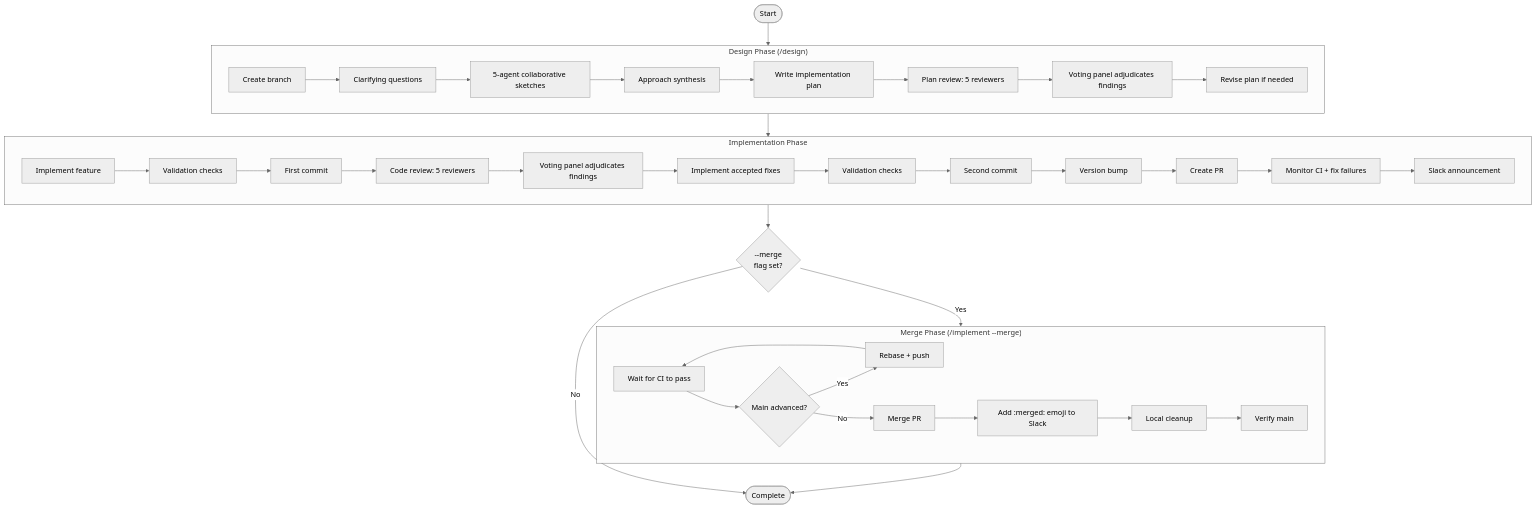
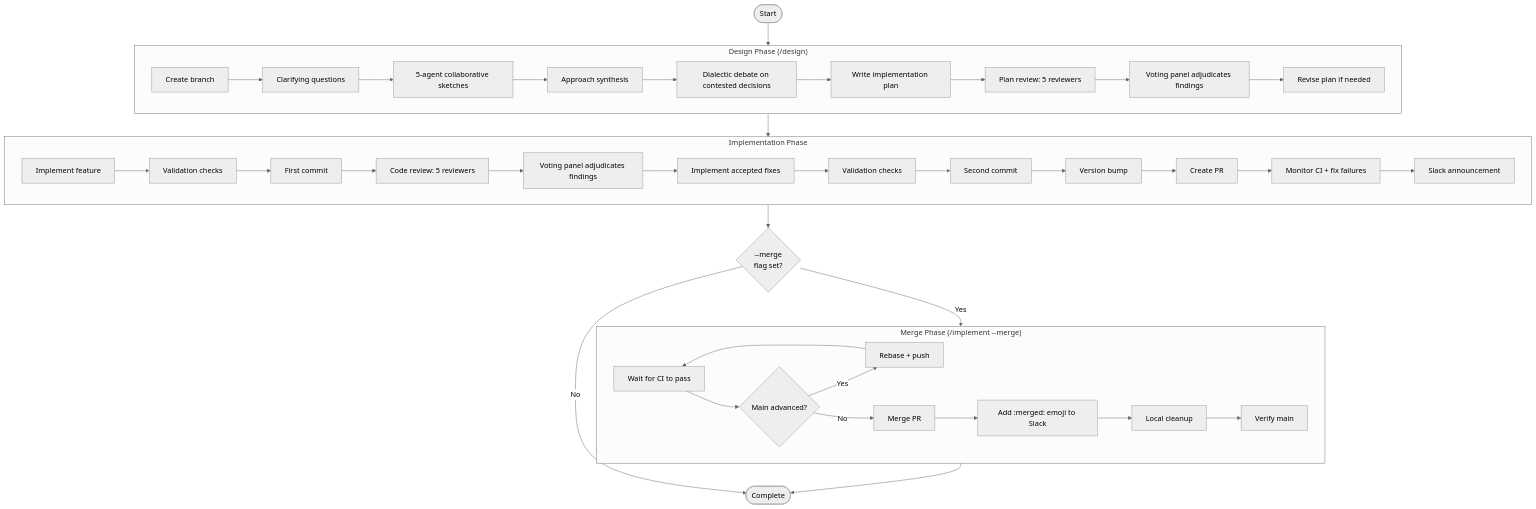
Before and after one commit to zhupanov/larch: the second of 2 diagrams in docs/workflow-lifecycle.md, drawn with Mermaid (neutral theme). The commit also changed 5 other files, not shown here.

First line of the commit message:
Add dialectic debate step (2a.5) to /design skill (#39)

````diff
--- a/docs/workflow-lifecycle.md
+++ b/docs/workflow-lifecycle.md
@@ -33,46 +33,47 @@
 ```mermaid
 flowchart TD
     START([Start]) --> DESIGN_PHASE
 
     subgraph DESIGN_PHASE["Design Phase (/design)"]
         BRANCH[Create branch] --> QUESTIONS[Clarifying questions]
         QUESTIONS --> SKETCHES[5-agent collaborative sketches]
         SKETCHES --> SYNTHESIS[Approach synthesis]
-        SYNTHESIS --> PLAN[Write implementation plan]
+        SYNTHESIS --> DIALECTIC[Dialectic debate on contested decisions]
+        DIALECTIC --> PLAN[Write implementation plan]
         PLAN --> PLAN_REVIEW[Plan review: 5 reviewers]
         PLAN_REVIEW --> VOTE1[Voting panel adjudicates findings]
         VOTE1 --> REVISE[Revise plan if needed]
     end
 
     DESIGN_PHASE --> IMPL_PHASE
 
     subgraph IMPL_PHASE["Implementation Phase"]
         CODE[Implement feature] --> VALIDATE1[Validation checks]
         VALIDATE1 --> COMMIT1[First commit]
         COMMIT1 --> CODE_REVIEW[Code review: 5 reviewers]
         CODE_REVIEW --> VOTE2[Voting panel adjudicates findings]
         VOTE2 --> FIX[Implement accepted fixes]
         FIX --> VALIDATE2[Validation checks]
         VALIDATE2 --> COMMIT2[Second commit]
         COMMIT2 --> VERSION[Version bump]
         VERSION --> PR[Create PR]
         PR --> CI_MONITOR[Monitor CI + fix failures]
         CI_MONITOR --> SLACK[Slack announcement]
     end
 
     IMPL_PHASE --> MERGE_FLAG{--merge<br/>flag set?}
     MERGE_FLAG -->|No| DONE([Complete])
     MERGE_FLAG -->|Yes| MERGE_PHASE
 
     subgraph MERGE_PHASE["Merge Phase (/implement --merge)"]
         CI_WAIT[Wait for CI to pass] --> REBASE{Main advanced?}
         REBASE -->|Yes| DO_REBASE[Rebase + push]
         DO_REBASE --> CI_WAIT
         REBASE -->|No| MERGE[Merge PR]
         MERGE --> EMOJI[Add :merged: emoji to Slack]
         EMOJI --> CLEANUP[Local cleanup]
         CLEANUP --> VERIFY[Verify main]
     end
 
     MERGE_PHASE --> DONE
 ```
````
